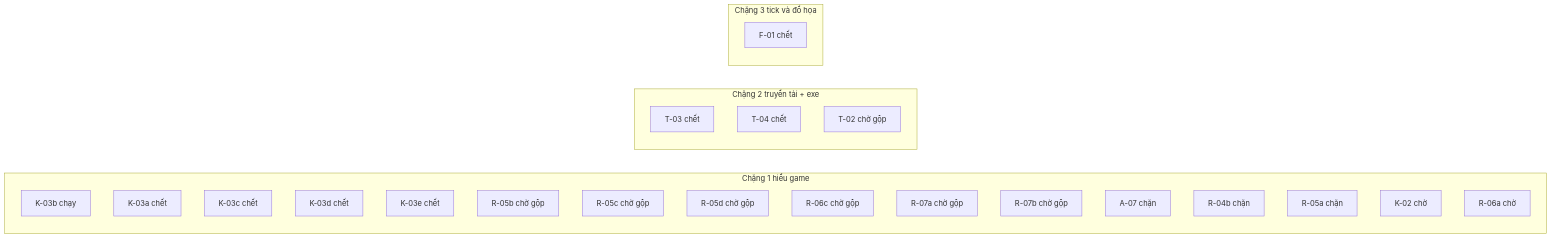
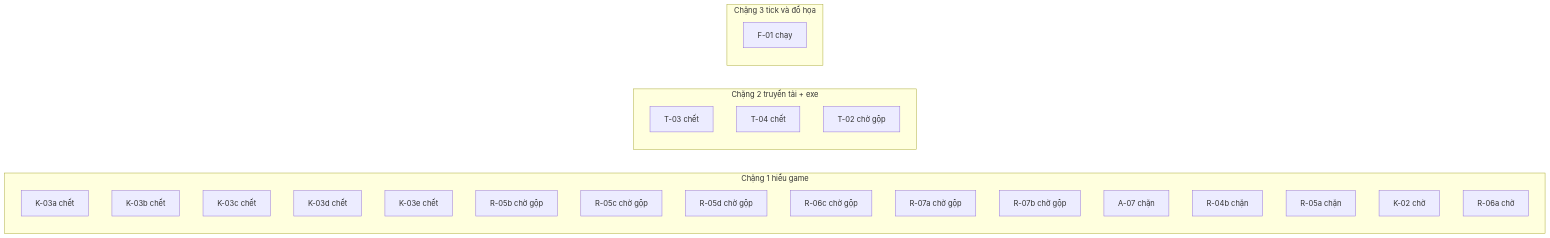
The diagram in JX1_OPS/STATE/TIEN-DO.md (ndtangoss-dev/jx1-reports), drawn with Mermaid before and after one commit. The commit also changed other lines of this file and 3 other files, not shown here.

````diff
--- a/JX1_OPS/STATE/TIEN-DO.md
+++ b/JX1_OPS/STATE/TIEN-DO.md
@@ -9,29 +9,29 @@
 ```mermaid
 flowchart LR
   subgraph S1["Chặng 1 hiểu game"]
-    K_03b["K-03b chạy"]
     K_03a["K-03a chết"]
+    K_03b["K-03b chết"]
     K_03c["K-03c chết"]
     K_03d["K-03d chết"]
     K_03e["K-03e chết"]
     R_05b["R-05b chờ gộp"]
     R_05c["R-05c chờ gộp"]
     R_05d["R-05d chờ gộp"]
     R_06c["R-06c chờ gộp"]
     R_07a["R-07a chờ gộp"]
     R_07b["R-07b chờ gộp"]
     A_07["A-07 chặn"]
     R_04b["R-04b chặn"]
     R_05a["R-05a chặn"]
     K_02["K-02 chờ"]
     R_06a["R-06a chờ"]
   end
   subgraph S2["Chặng 2 truyền tải + exe"]
     T_03["T-03 chết"]
     T_04["T-04 chết"]
     T_02["T-02 chờ gộp"]
   end
   subgraph S3["Chặng 3 tick và đồ họa"]
-    F_01["F-01 chết"]
+    F_01["F-01 chạy"]
   end
 ```
````
